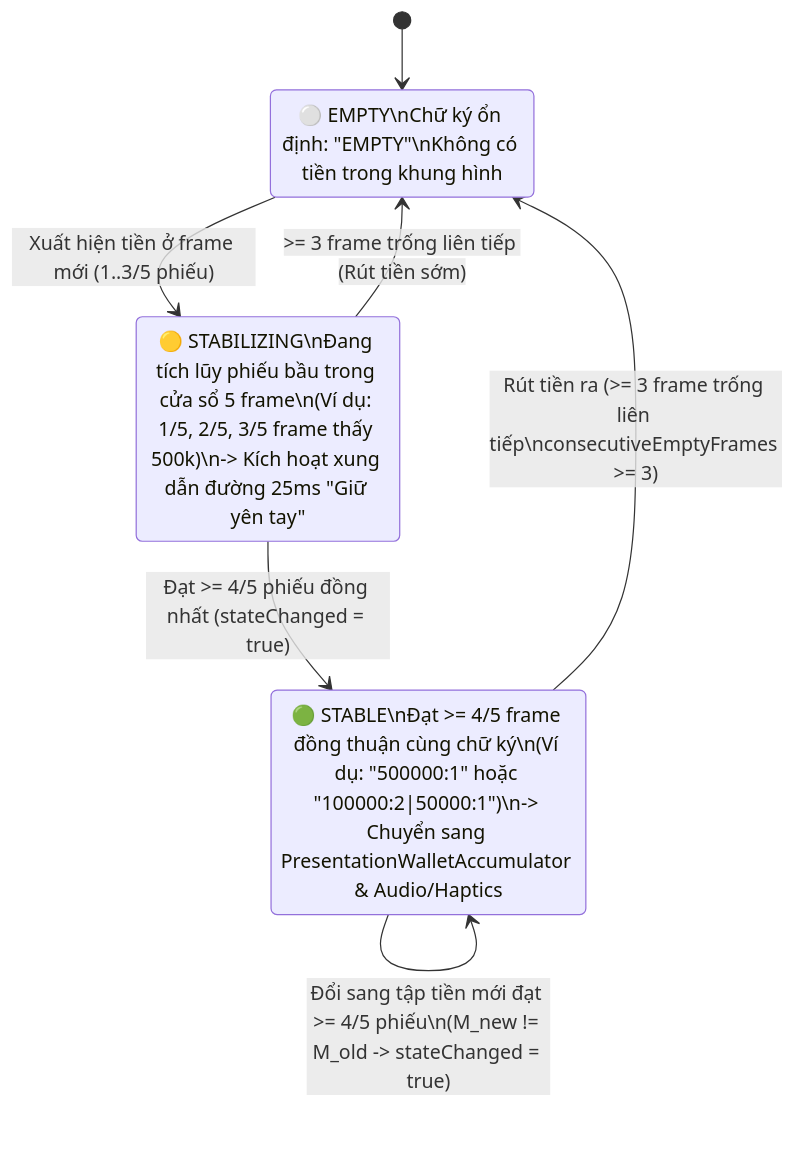
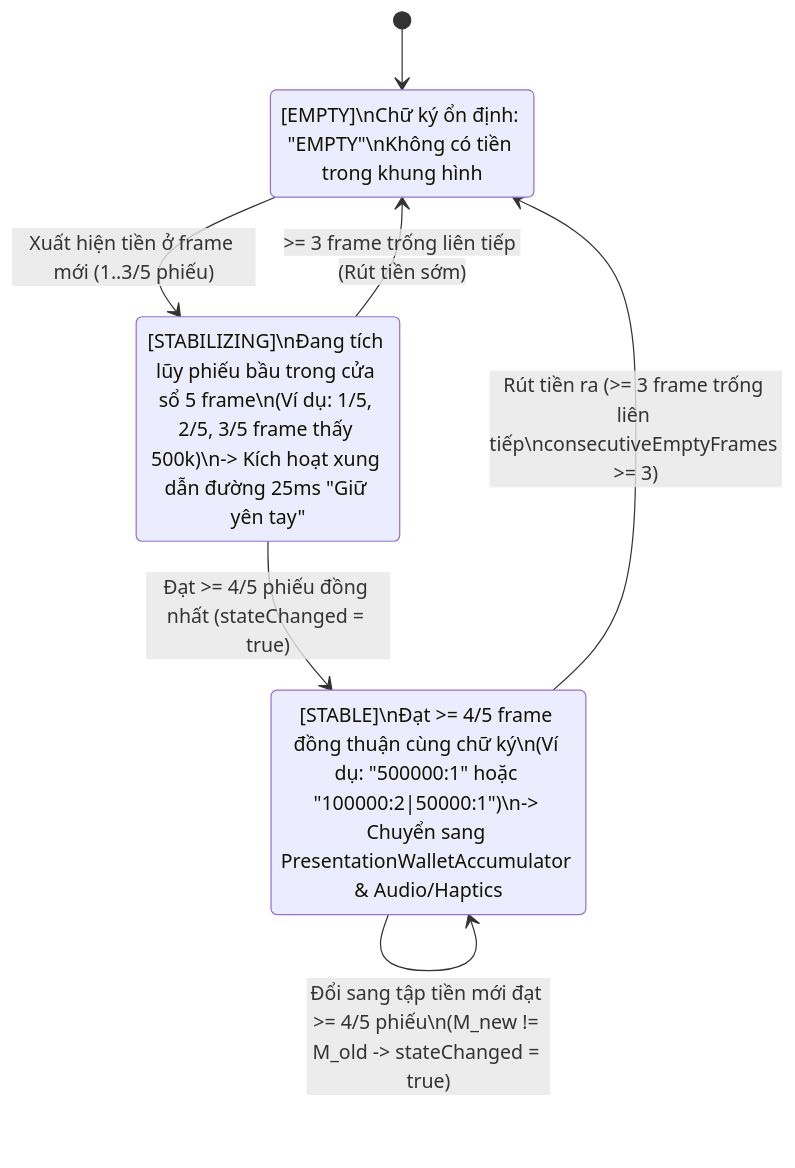
One commit to hezioquan12/vietnamese-money-vision changed the third of 9 diagrams in docs/SYSTEM_ARCHITECTURE_AND_DESIGN.md. Above: the diagram before and after it, drawn with Mermaid. The commit also changed other lines of this file and 4 other files, not shown here.

Commit message:
docs: standardize technical specifications, remove sprint tickets and de-slop diagrams

````diff
--- a/docs/SYSTEM_ARCHITECTURE_AND_DESIGN.md
+++ b/docs/SYSTEM_ARCHITECTURE_AND_DESIGN.md
@@ -145,13 +145,13 @@
 ```mermaid
 stateDiagram-v2
     [*] --> EMPTY
-    EMPTY: ⚪ EMPTY\nChữ ký ổn định: "EMPTY"\nKhông có tiền trong khung hình
-    STABILIZING: 🟡 STABILIZING\nĐang tích lũy phiếu bầu trong cửa sổ 5 frame\n(Ví dụ: 1/5, 2/5, 3/5 frame thấy 500k)\n-> Kích hoạt xung dẫn đường 25ms "Giữ yên tay"
-    STABLE: 🟢 STABLE\nĐạt >= 4/5 frame đồng thuận cùng chữ ký\n(Ví dụ: "500000:1" hoặc "100000:2|50000:1")\n-> Chuyển sang PresentationWalletAccumulator & Audio/Haptics
+    EMPTY: [EMPTY]\nChữ ký ổn định: "EMPTY"\nKhông có tiền trong khung hình
+    STABILIZING: [STABILIZING]\nĐang tích lũy phiếu bầu trong cửa sổ 5 frame\n(Ví dụ: 1/5, 2/5, 3/5 frame thấy 500k)\n-> Kích hoạt xung dẫn đường 25ms "Giữ yên tay"
+    STABLE: [STABLE]\nĐạt >= 4/5 frame đồng thuận cùng chữ ký\n(Ví dụ: "500000:1" hoặc "100000:2|50000:1")\n-> Chuyển sang PresentationWalletAccumulator & Audio/Haptics
 
     EMPTY --> STABILIZING: Xuất hiện tiền ở frame mới (1..3/5 phiếu)
     STABILIZING --> EMPTY: >= 3 frame trống liên tiếp (Rút tiền sớm)
     STABILIZING --> STABLE: Đạt >= 4/5 phiếu đồng nhất (stateChanged = true)
     STABLE --> STABLE: Đổi sang tập tiền mới đạt >= 4/5 phiếu\n(M_new != M_old -> stateChanged = true)
     STABLE --> EMPTY: Rút tiền ra (>= 3 frame trống liên tiếp\nconsecutiveEmptyFrames >= 3)
 ```
````
